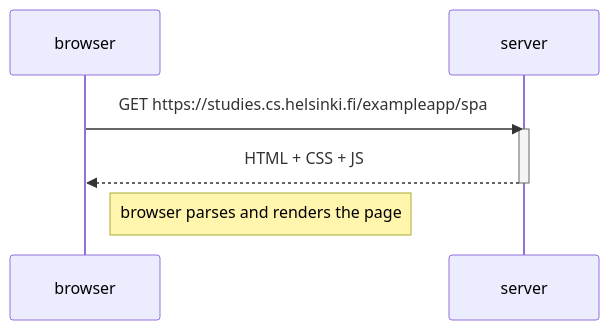
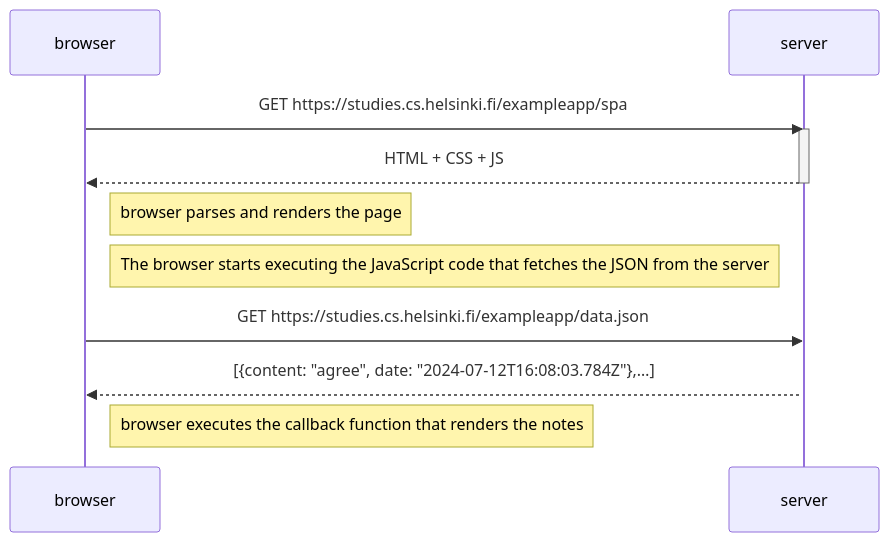
Before and after one commit to Sahil-Raj75/full-stack-UoH: the diagram in part0/0.5_singlePageAppDiagram.md, drawn with Mermaid.

Commit message:
changes made to solution 0.5 part0 full stack open

````diff
--- a/part0/0.5_singlePageAppDiagram.md
+++ b/part0/0.5_singlePageAppDiagram.md
@@ -1,15 +1,18 @@
 ```mermaid  
 sequenceDiagram
     participant browser
     participant server
     
     browser->>server:GET https://studies.cs.helsinki.fi/exampleapp/spa
     activate server
     server-->>browser:HTML + CSS + JS
     deactivate server
 note right of browser:browser parses and renders the page
-    
-
+note right of browser:The browser starts executing the JavaScript code that fetches the JSON from the server
+    browser->>server:GET https://studies.cs.helsinki.fi/exampleapp/data.json
+    activate server
+    server-->>browser:[{content: "agree", date: "2024-07-12T16:08:03.784Z"},…]
+note right of browser:browser executes the callback function that renders the notes
 
 
 ```
````
